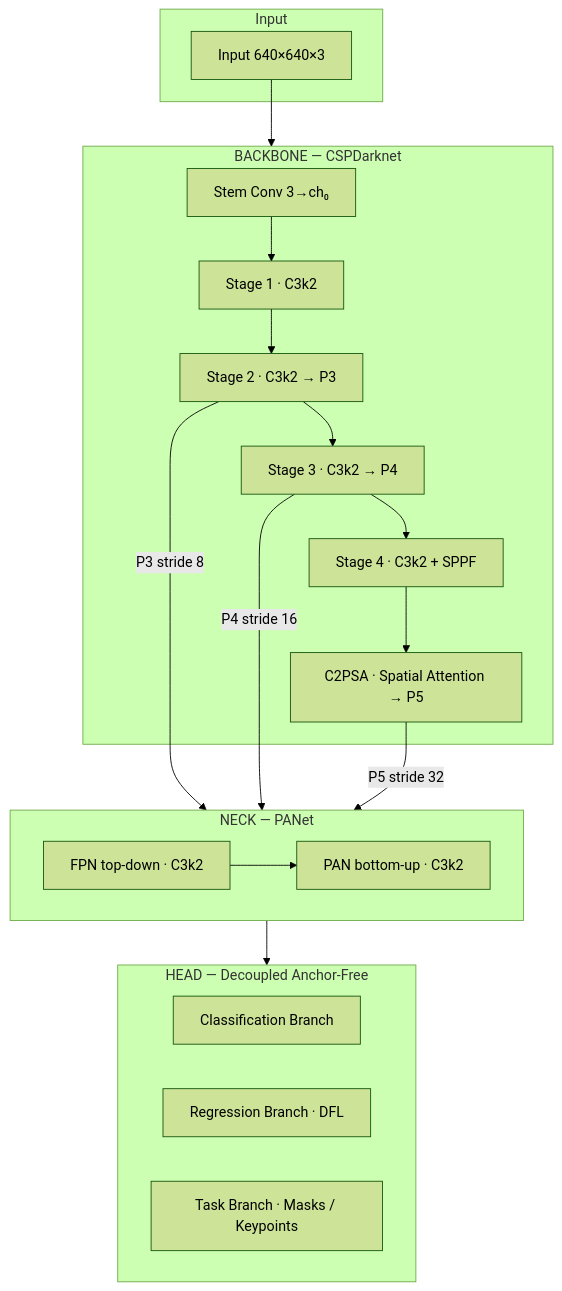
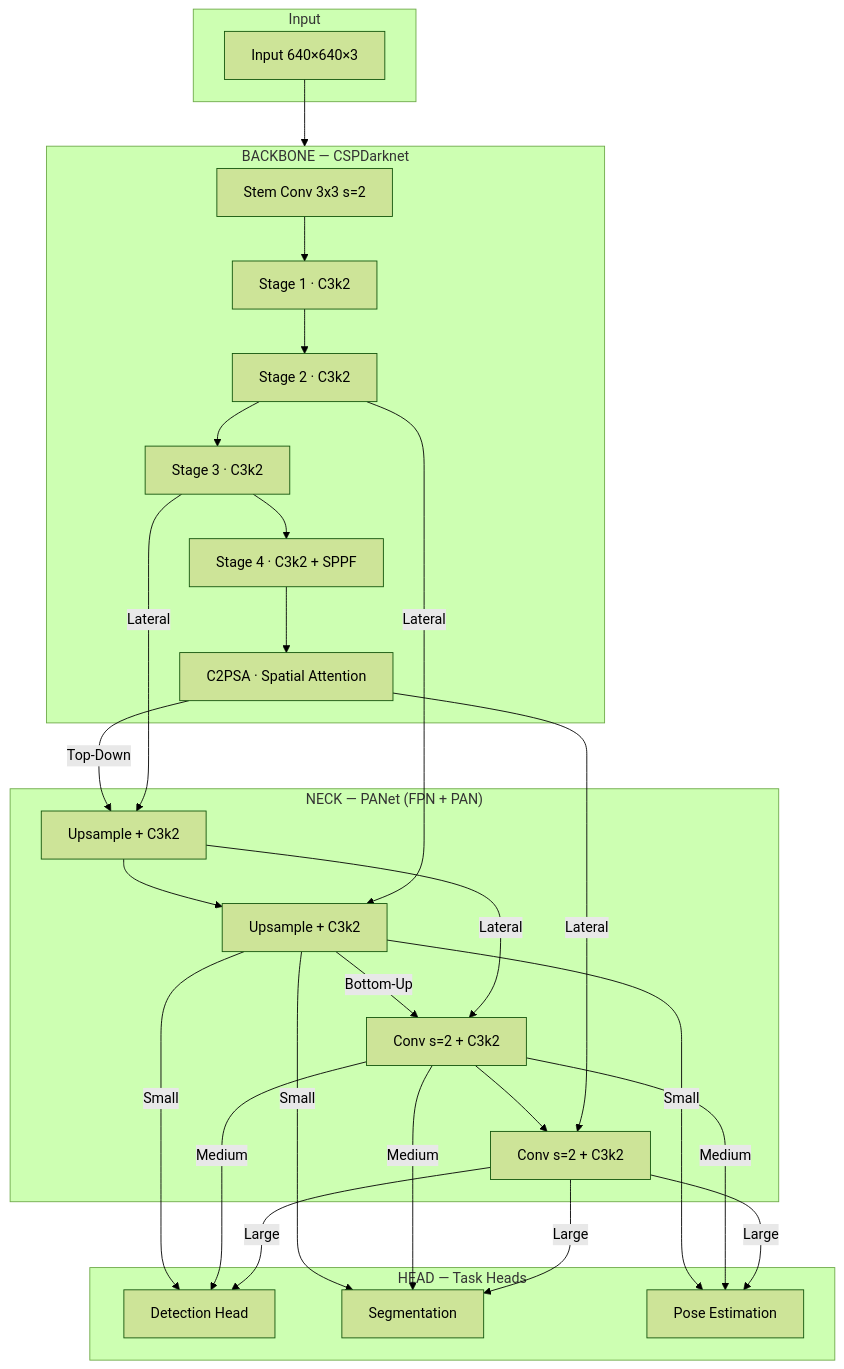
The diagram in README.md (B4rtekk1/YOLO), drawn with Mermaid (forest theme) before and after one commit.

Commit message:
update
update

````diff
--- a/README.md
+++ b/README.md
@@ -124,34 +124,50 @@
 ```mermaid
 flowchart TB
     subgraph Input
         IMG[Input 640×640×3]
     end
 
     subgraph Backbone["BACKBONE — CSPDarknet"]
-        STEM[Stem Conv 3→ch₀]
+        STEM[Stem Conv 3x3 s=2]
         S1[Stage 1 · C3k2]
-        S2[Stage 2 · C3k2 → P3]
-        S3[Stage 3 · C3k2 → P4]
+        P3[Stage 2 · C3k2]
+        P4[Stage 3 · C3k2]
         S4[Stage 4 · C3k2 + SPPF]
-        PSA[C2PSA · Spatial Attention → P5]
-        STEM --> S1 --> S2 --> S3 --> S4 --> PSA
+        P5[C2PSA · Spatial Attention]
+        STEM --> S1 --> P3 --> P4 --> S4 --> P5
     end
 
-    subgraph Neck["NECK — PANet"]
-        FPN["FPN top-down · C3k2"]
-        PAN["PAN bottom-up · C3k2"]
-        FPN --> PAN
+    subgraph Neck["NECK — PANet (FPN + PAN)"]
+        FPN1[Upsample + C3k2]
+        FPN2[Upsample + C3k2]
+        PAN1[Conv s=2 + C3k2]
+        PAN2[Conv s=2 + C3k2]
+        
+        P5 -->|Top-Down| FPN1
+        P4 -->|Lateral| FPN1
+        FPN1 --> FPN2
+        P3 -->|Lateral| FPN2
+        
+        FPN2 -->|Bottom-Up| PAN1
+        FPN1 -->|Lateral| PAN1
+        PAN1 --> PAN2
+        P5 -->|Lateral| PAN2
     end
 
-    subgraph Head["HEAD — Decoupled Anchor-Free"]
-        CLS[Classification Branch]
-        REG[Regression Branch · DFL]
-        TASK[Task Branch · Masks / Keypoints]
+    subgraph Head["HEAD — Task Heads"]
+        DET[Detection Head]
+        SEG[Segmentation]
+        POSE[Pose Estimation]
     end
 
     IMG --> Backbone
-    S2 -->|P3 stride 8| Neck
-    S3 -->|P4 stride 16| Neck
-    PSA -->|P5 stride 32| Neck
-    Neck --> Head
+    FPN2 -->|Small| DET
+    PAN1 -->|Medium| DET
+    PAN2 -->|Large| DET
+    FPN2 -->|Small| SEG
+    PAN1 -->|Medium| SEG
+    PAN2 -->|Large| SEG
+    FPN2 -->|Small| POSE
+    PAN1 -->|Medium| POSE
+    PAN2 -->|Large| POSE
 ```
````
